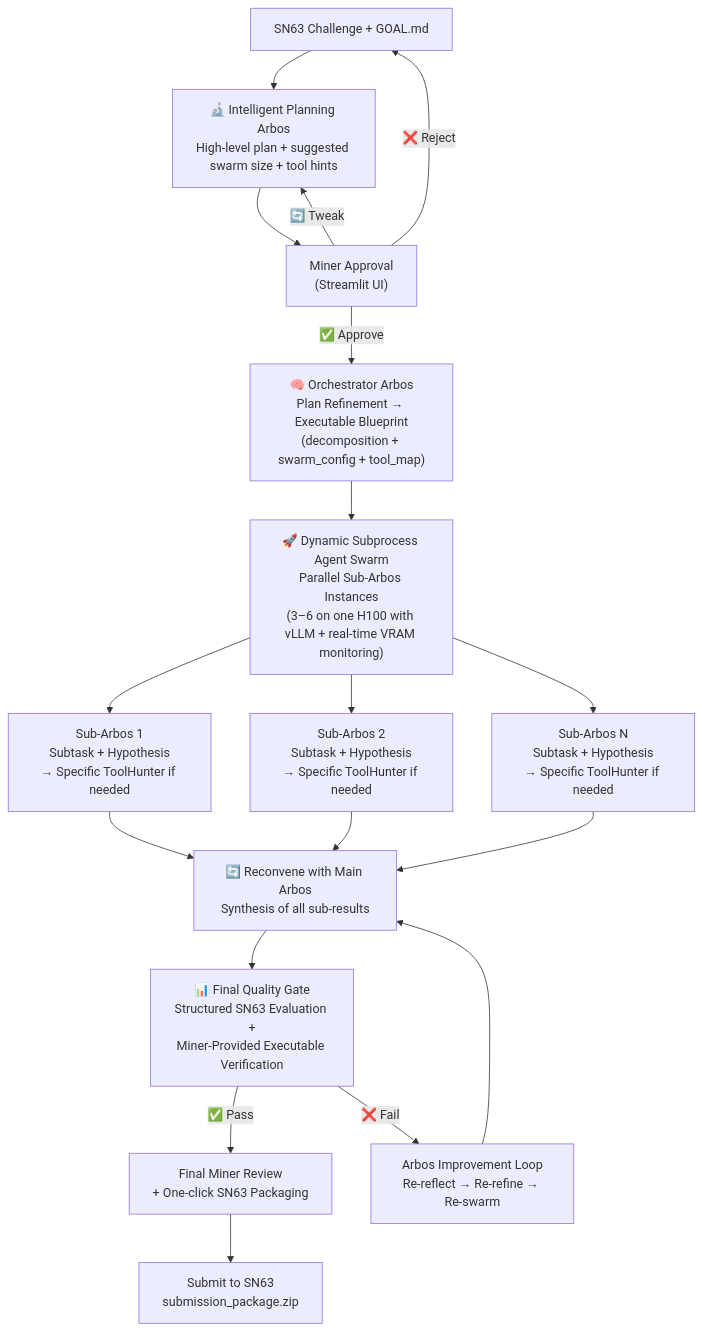
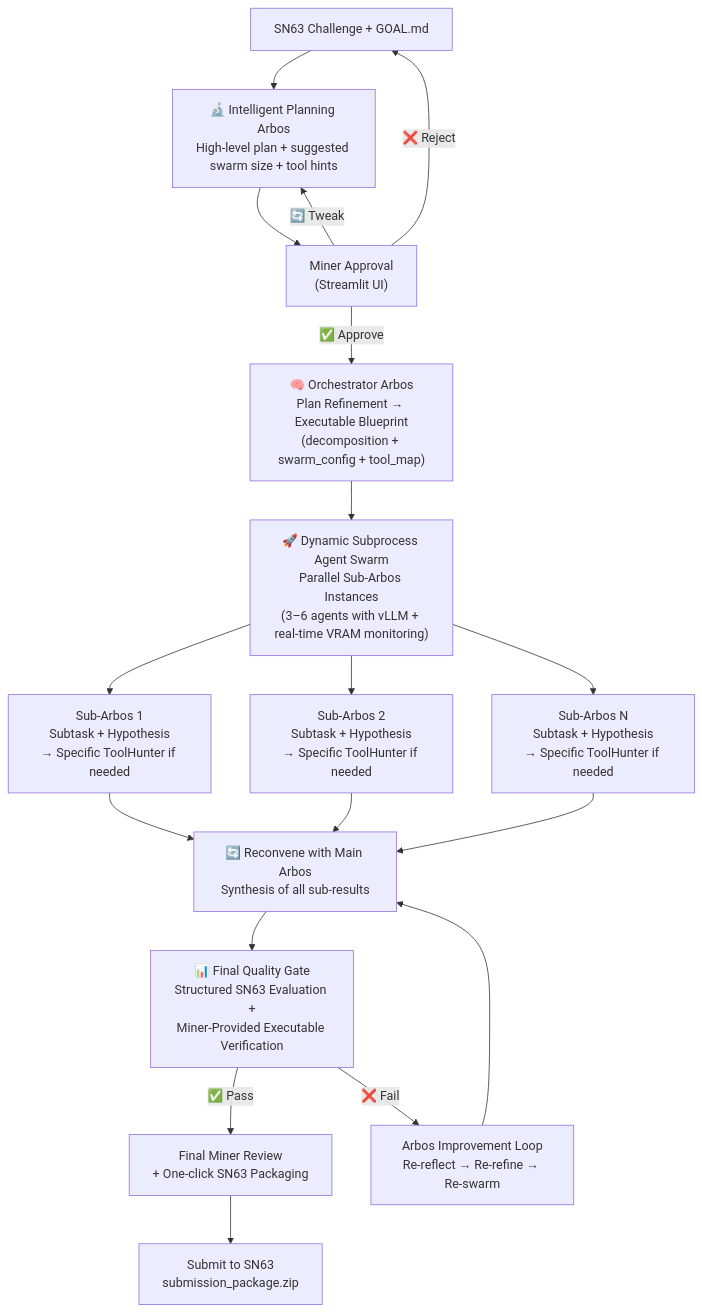
The diagram in README.md (jbequ5/Enigma-Machine-Miner), drawn with Mermaid before and after one commit.

````diff
--- a/README.md
+++ b/README.md
@@ -9,27 +9,27 @@
 ```mermaid
 flowchart TD
     A["SN63 Challenge + GOAL.md"] 
     --> B["🔬 Intelligent Planning Arbos<br/>High-level plan + suggested swarm size + tool hints"]
 
     B --> C["Miner Approval<br/>(Streamlit UI)"]
     C -->|"✅ Approve"| D["🧠 Orchestrator Arbos<br/>Plan Refinement → Executable Blueprint<br/>(decomposition + swarm_config + tool_map)"]
     C -->|"🔄 Tweak"| B
     C -->|"❌ Reject"| A
 
-    D --> E["🚀 Dynamic Subprocess Agent Swarm<br/>Parallel Sub-Arbos Instances<br/>(3–6 on one H100 with vLLM + real-time VRAM monitoring)"]
+    D --> E["🚀 Dynamic Subprocess Agent Swarm<br/>Parallel Sub-Arbos Instances<br/>(3–6 agents with vLLM + real-time VRAM monitoring)"]
 
     E --> F1["Sub-Arbos 1<br/>Subtask + Hypothesis<br/>→ Specific ToolHunter if needed"]
     E --> F2["Sub-Arbos 2<br/>Subtask + Hypothesis<br/>→ Specific ToolHunter if needed"]
     E --> FN["Sub-Arbos N<br/>Subtask + Hypothesis<br/>→ Specific ToolHunter if needed"]
 
     F1 & F2 & FN --> G["🔄 Reconvene with Main Arbos<br/>Synthesis of all sub-results"]
 
     G --> H["📊 Final Quality Gate<br/>Structured SN63 Evaluation +<br/>Miner-Provided Executable Verification"]
 
     H -->|"✅ Pass"| I["Final Miner Review<br/>+ One-click SN63 Packaging"]
     H -->|"❌ Fail"| J["Arbos Improvement Loop<br/>Re-reflect → Re-refine → Re-swarm"]
 
     J --> G
 
     I --> K["Submit to SN63<br/>submission_package.zip"]
 ```
````
